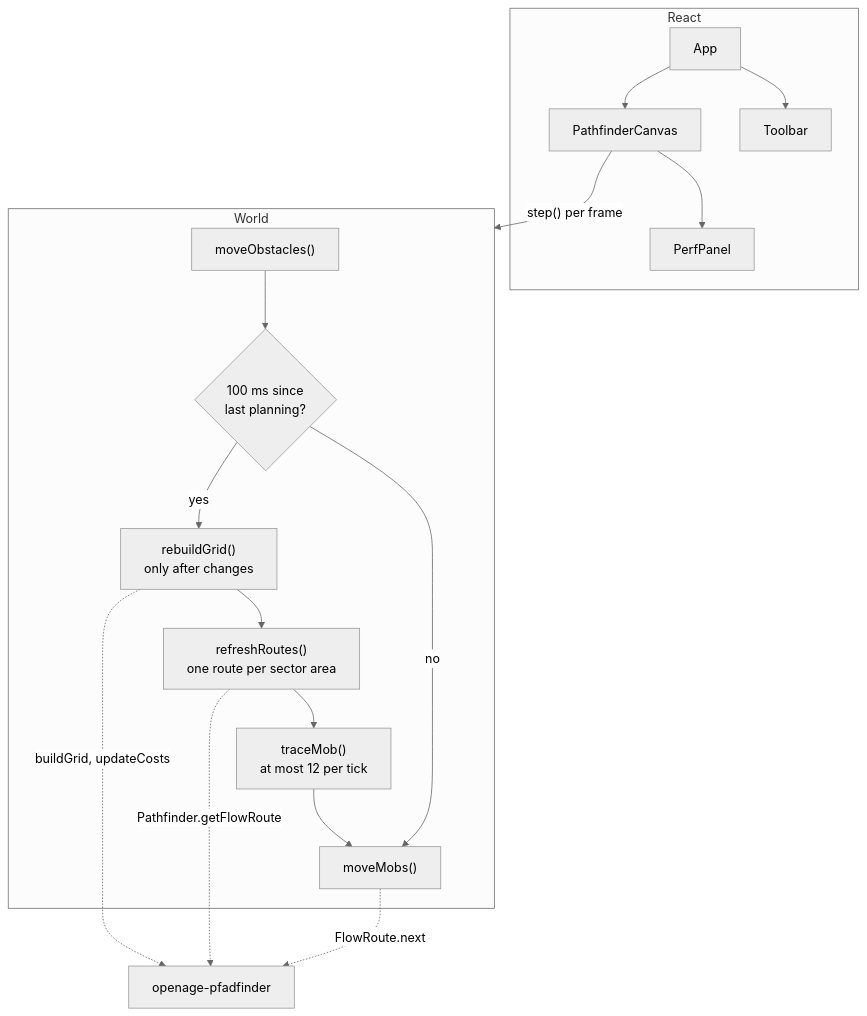
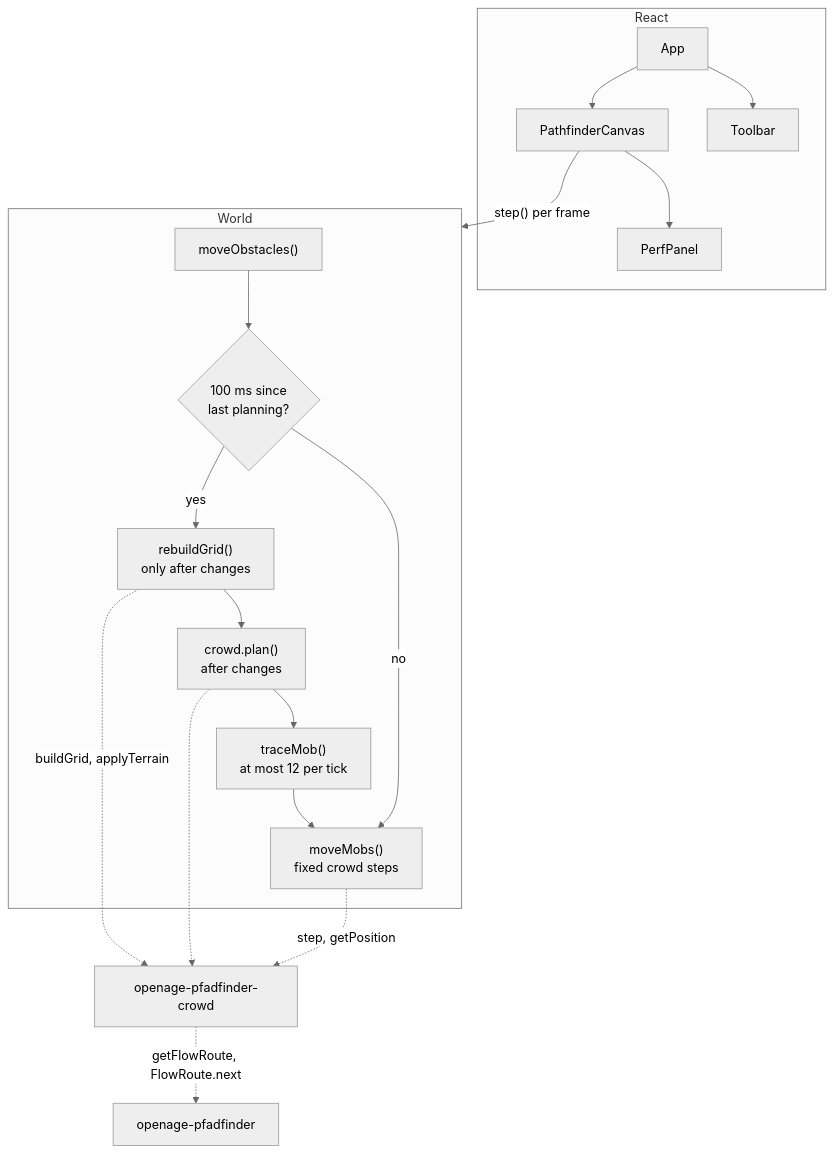
One commit to leptoquark1/openage-pfadfinder changed diagram 17 of 18 in docs/ARCHITECTURE.md. Above: the diagram before and after it, drawn with Mermaid (neutral theme). The commit also changed other lines of this file and 11 other files, not shown here.

First line of the commit message:
feat(demo): move the playground's mobs as a crowd

````diff
--- a/docs/ARCHITECTURE.md
+++ b/docs/ARCHITECTURE.md
@@ -860,23 +864,24 @@
 ```mermaid
 flowchart TD
     subgraph UI["React"]
         App["App"] --> Canvas["PathfinderCanvas"]
         App --> Toolbar["Toolbar"]
         Canvas --> Perf["PerfPanel"]
     end
 
     Canvas -- "step() per frame" --> World
 
     subgraph World["World"]
         Obstacles["moveObstacles()"] --> Plan{"100 ms since<br/>last planning?"}
         Plan -- yes --> Rebuild["rebuildGrid()<br/>only after changes"]
-        Rebuild --> Routes["refreshRoutes()<br/>one route per sector area"]
-        Routes --> Trace["traceMob()<br/>at most 12 per tick"]
-        Trace --> Mobs["moveMobs()"]
+        Rebuild --> CrowdPlan["crowd.plan()<br/>after changes"]
+        CrowdPlan --> Trace["traceMob()<br/>at most 12 per tick"]
+        Trace --> Mobs["moveMobs()<br/>fixed crowd steps"]
         Plan -- no --> Mobs
     end
 
-    Rebuild -. "buildGrid, updateCosts" .-> Library["openage-pfadfinder"]
-    Routes -. "Pathfinder.getFlowRoute" .-> Library
-    Mobs -. "FlowRoute.next" .-> Library
+    Rebuild -. "buildGrid, applyTerrain" .-> Crowd["openage-pfadfinder-crowd"]
+    CrowdPlan -.-> Crowd
+    Mobs -. "step, getPosition" .-> Crowd
+    Crowd -. "getFlowRoute, FlowRoute.next" .-> Library["openage-pfadfinder"]
 ```
````
